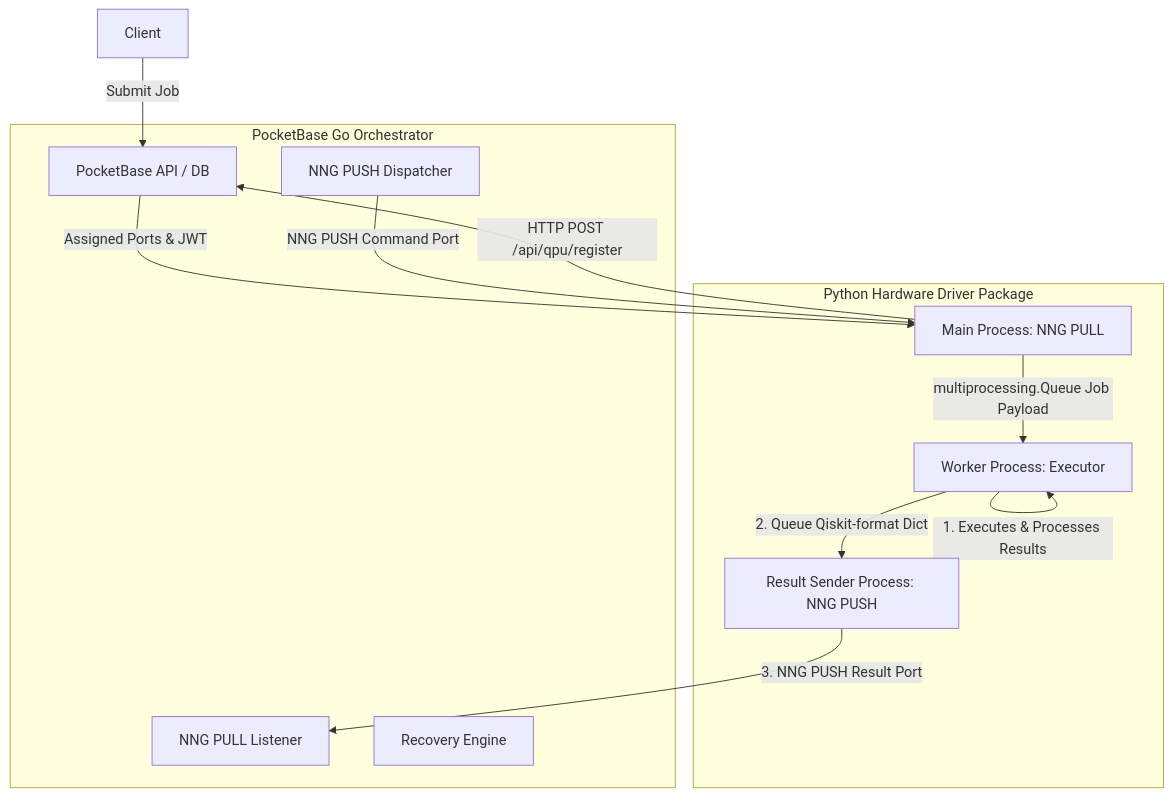
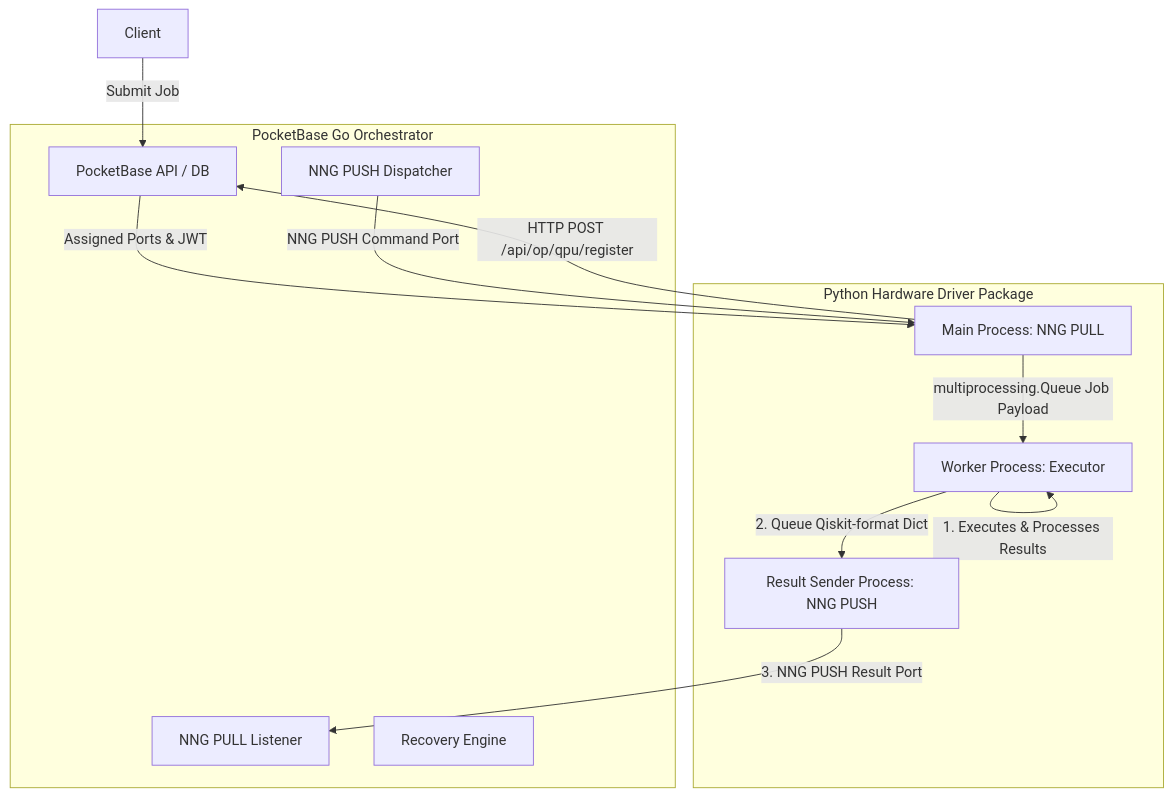
Before and after one commit to sopherapps/qpi: the diagram in README.md, drawn with Mermaid. The commit also changed other lines of this file and 9 other files, not shown here.

````diff
--- a/README.md
+++ b/README.md
@@ -23,29 +23,29 @@
 ```mermaid
 graph TD
     subgraph pocketbase [PocketBase Go Orchestrator]
         PB[PocketBase API / DB]
         Dispatcher[NNG PUSH Dispatcher]
         Listener[NNG PULL Listener]
         Recovery[Recovery Engine]
     end
 
     subgraph python_driver [Python Hardware Driver Package]
         MainProc[Main Process: NNG PULL]
         Worker[Worker Process: Executor]
         ResultSender[Result Sender Process: NNG PUSH]
     end
 
     %% Client Interactions
     User[Client] -->|Submit Job| PB
     
     %% Handshake & Registration
-    MainProc -->|HTTP POST /api/qpu/register| PB
+    MainProc -->|HTTP POST /api/op/qpu/register| PB
     PB -->|Assigned Ports & JWT| MainProc
     
     %% Multiprocessing Communication
     Dispatcher -->|NNG PUSH Command Port| MainProc
     MainProc -->|multiprocessing.Queue Job Payload| Worker
     Worker -->|1. Executes & Processes Results| Worker
     Worker -->|2. Queue Qiskit-format Dict| ResultSender
     ResultSender -->|3. NNG PUSH Result Port| Listener
 ```
````
